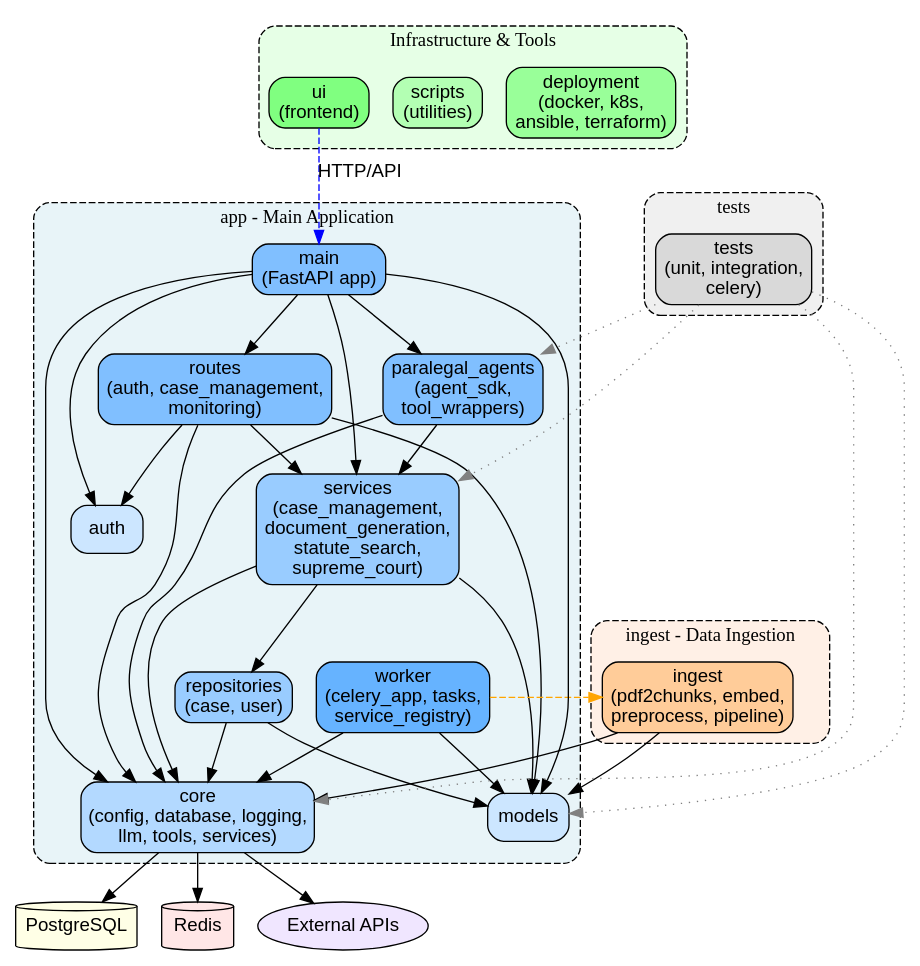
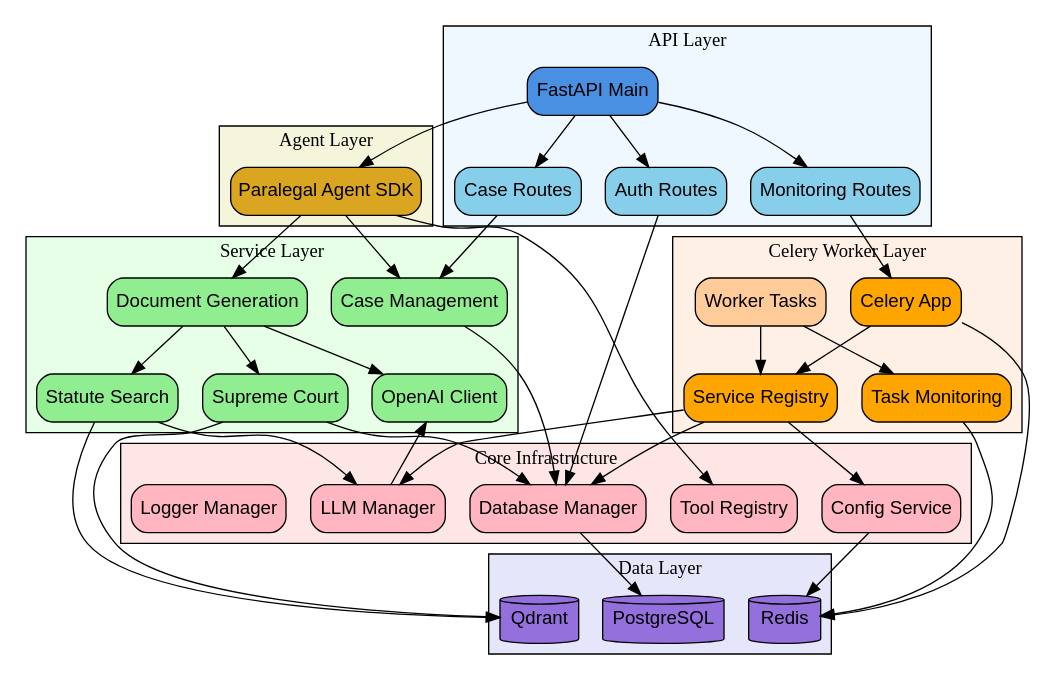
Before and after one commit to zeddq/cywil: the diagram in codebase_architecture.dot, drawn with Graphviz. The commit also changed 13 other files, not shown here.

```diff
--- a/codebase_architecture.dot
+++ b/codebase_architecture.dot
@@ -1,117 +1,112 @@
-digraph "AI_Paralegal_POC_Module_Architecture" {
+digraph AI_Paralegal_Architecture {
+    // Graph settings
     rankdir=TB;
-    node [shape=box, style="rounded,filled", fontname="Arial", fontcolor="black"];
-    edge [fontname="Arial", fontcolor="black"];
+    node [shape=box, style="rounded,filled", fontname="Arial"];
+    edge [fontname="Arial"];
     
-    // Define subgraphs for better organization
-    subgraph cluster_app {
-        label="app - Main Application";
-        style="rounded,dashed";
-        bgcolor="#e8f4f8";
+    // Color scheme
+    node [fillcolor="#e8f4fd"];
+    
+    // Subgraphs for layers
+    subgraph cluster_api {
+        label="API Layer";
+        style=filled;
+        fillcolor="#f0f8ff";
         
-        // Core modules
-        "app.core" [fillcolor="#b3d9ff", label="core\n(config, database, logging,\nllm, tools, services)"];
-        
-        // Service layer
-        "app.services" [fillcolor="#99ccff", label="services\n(case_management,\ndocument_generation,\nstatute_search,\nsupreme_court)"];
-        
-        // API layer
-        "app.routes" [fillcolor="#80bfff", label="routes\n(auth, case_management,\nmonitoring)"];
-        
-        // Data layer
-        "app.repositories" [fillcolor="#99ccff", label="repositories\n(case, user)"];
-        
-        // Agent layer
-        "app.paralegal_agents" [fillcolor="#80bfff", label="paralegal_agents\n(agent_sdk,\ntool_wrappers)"];
-        
-        // Worker layer
-        "app.worker" [fillcolor="#66b3ff", label="worker\n(celery_app, tasks,\nservice_registry)"];
-        
-        // Base modules
-        "app.models" [fillcolor="#cce6ff", label="models"];
-        "app.auth" [fillcolor="#cce6ff", label="auth"];
-        "app.main" [fillcolor="#80bfff", fontcolor="black", label="main\n(FastAPI app)"];
+        "FastAPI Main" [fillcolor="#4a90e2"];
+        "Auth Routes" [fillcolor="#87ceeb"];
+        "Case Routes" [fillcolor="#87ceeb"];
+        "Monitoring Routes" [fillcolor="#87ceeb"];
     }
     
-    subgraph cluster_ingest {
-        label="ingest - Data Ingestion";
-        style="rounded,dashed";
-        bgcolor="#fff0e6";
+    subgraph cluster_agents {
+        label="Agent Layer";
+        style=filled;
+        fillcolor="#f5f5dc";
         
-        "ingest" [fillcolor="#ffcc99", label="ingest\n(pdf2chunks, embed,\npreprocess, pipeline)"];
+        "Paralegal Agent SDK" [fillcolor="#daa520"];
     }
     
-    subgraph cluster_tests {
-        label="tests";
-        style="rounded,dashed";
-        bgcolor="#f0f0f0";
+    subgraph cluster_services {
+        label="Service Layer";
+        style=filled;
+        fillcolor="#e6ffe6";
         
-        "tests" [fillcolor="#d9d9d9", label="tests\n(unit, integration,\ncelery)"];
+        "Case Management" [fillcolor="#90ee90"];
+        "Document Generation" [fillcolor="#90ee90"];
+        "Statute Search" [fillcolor="#90ee90"];
+        "Supreme Court" [fillcolor="#90ee90"];
+        "OpenAI Client" [fillcolor="#90ee90"];
     }
     
-    subgraph cluster_infra {
-        label="Infrastructure & Tools";
-        style="rounded,dashed";
-        bgcolor="#e6ffe6";
+    subgraph cluster_core {
+        label="Core Infrastructure";
+        style=filled;
+        fillcolor="#ffe6e6";
         
-        "deployment" [fillcolor="#99ff99", label="deployment\n(docker, k8s,\nansible, terraform)"];
-        "scripts" [fillcolor="#b3ffb3", label="scripts\n(utilities)"];
-        "ui" [fillcolor="#80ff80", label="ui\n(frontend)"];
+        "Config Service" [fillcolor="#ffb6c1"];
+        "Database Manager" [fillcolor="#ffb6c1"];
+        "LLM Manager" [fillcolor="#ffb6c1"];
+        "Tool Registry" [fillcolor="#ffb6c1"];
+        "Logger Manager" [fillcolor="#ffb6c1"];
     }
     
-    // External dependencies
-    "PostgreSQL" [shape=cylinder, fillcolor="#ffffe6"];
-    "Redis" [shape=cylinder, fillcolor="#ffe6e6"];
-    "External APIs" [shape=ellipse, fillcolor="#f0e6ff"];
+    subgraph cluster_worker {
+        label="Celery Worker Layer";
+        style=filled;
+        fillcolor="#fff0e6";
+        
+        "Celery App" [fillcolor="#ffa500"];
+        "Service Registry" [fillcolor="#ffa500"];
+        "Task Monitoring" [fillcolor="#ffa500"];
+        "Worker Tasks" [fillcolor="#ffcc99"];
+    }
     
-    // Define dependencies
-    // Core dependencies
-    "app.main" -> "app.core";
-    "app.main" -> "app.routes";
-    "app.main" -> "app.paralegal_agents";
-    "app.main" -> "app.services";
-    "app.main" -> "app.auth";
-    "app.main" -> "app.models";
+    subgraph cluster_data {
+        label="Data Layer";
+        style=filled;
+        fillcolor="#e6e6fa";
+        
+        "PostgreSQL" [shape=cylinder, fillcolor="#9370db"];
+        "Redis" [shape=cylinder, fillcolor="#9370db"];
+        "Qdrant" [shape=cylinder, fillcolor="#9370db"];
+    }
     
-    // Service dependencies
-    "app.services" -> "app.core";
-    "app.services" -> "app.models";
-    "app.services" -> "app.repositories";
+    // Connections
+    "FastAPI Main" -> "Auth Routes";
+    "FastAPI Main" -> "Case Routes";
+    "FastAPI Main" -> "Monitoring Routes";
+    "FastAPI Main" -> "Paralegal Agent SDK";
     
-    // Routes dependencies
-    "app.routes" -> "app.core";
-    "app.routes" -> "app.auth";
-    "app.routes" -> "app.models";
-    "app.routes" -> "app.services";
+    "Auth Routes" -> "Database Manager";
+    "Case Routes" -> "Case Management";
+    "Monitoring Routes" -> "Celery App";
     
-    // Repository dependencies
-    "app.repositories" -> "app.models";
-    "app.repositories" -> "app.core";
+    "Paralegal Agent SDK" -> "Tool Registry";
+    "Paralegal Agent SDK" -> "Case Management";
+    "Paralegal Agent SDK" -> "Document Generation";
     
-    // Agent dependencies
-    "app.paralegal_agents" -> "app.core";
-    "app.paralegal_agents" -> "app.services";
+    "Case Management" -> "Database Manager";
+    "Document Generation" -> "Statute Search";
+    "Document Generation" -> "Supreme Court";
+    "Document Generation" -> "OpenAI Client";
     
-    // Worker dependencies
-    "app.worker" -> "app.core";
-    "app.worker" -> "app.models";
-    "app.worker" -> "ingest" [style=dashed, color="orange"];
+    "Statute Search" -> "LLM Manager";
+    "Statute Search" -> "Qdrant";
+    "Supreme Court" -> "Database Manager";
+    "Supreme Court" -> "Qdrant";
     
-    // Ingest dependencies
-    "ingest" -> "app.core";
-    "ingest" -> "app.models";
+    "Database Manager" -> "PostgreSQL";
+    "Config Service" -> "Redis";
+    "LLM Manager" -> "OpenAI Client";
     
-    // Test dependencies
-    "tests" -> "app.core" [style=dotted, color="gray"];
-    "tests" -> "app.models" [style=dotted, color="gray"];
-    "tests" -> "app.services" [style=dotted, color="gray"];
-    "tests" -> "app.paralegal_agents" [style=dotted, color="gray"];
+    "Celery App" -> "Service Registry";
+    "Celery App" -> "Redis";
+    "Service Registry" -> "Config Service";
+    "Service Registry" -> "Database Manager";
+    "Service Registry" -> "LLM Manager";
     
-    // External dependencies
-    "app.core" -> "PostgreSQL";
-    "app.core" -> "Redis";
-    "app.core" -> "External APIs";
-    
-    // UI dependencies
-    "ui" -> "app.main" [label="HTTP/API", style=dashed, color="blue"];
+    "Worker Tasks" -> "Service Registry";
+    "Worker Tasks" -> "Task Monitoring";
+    "Task Monitoring" -> "Redis";
 }
```
